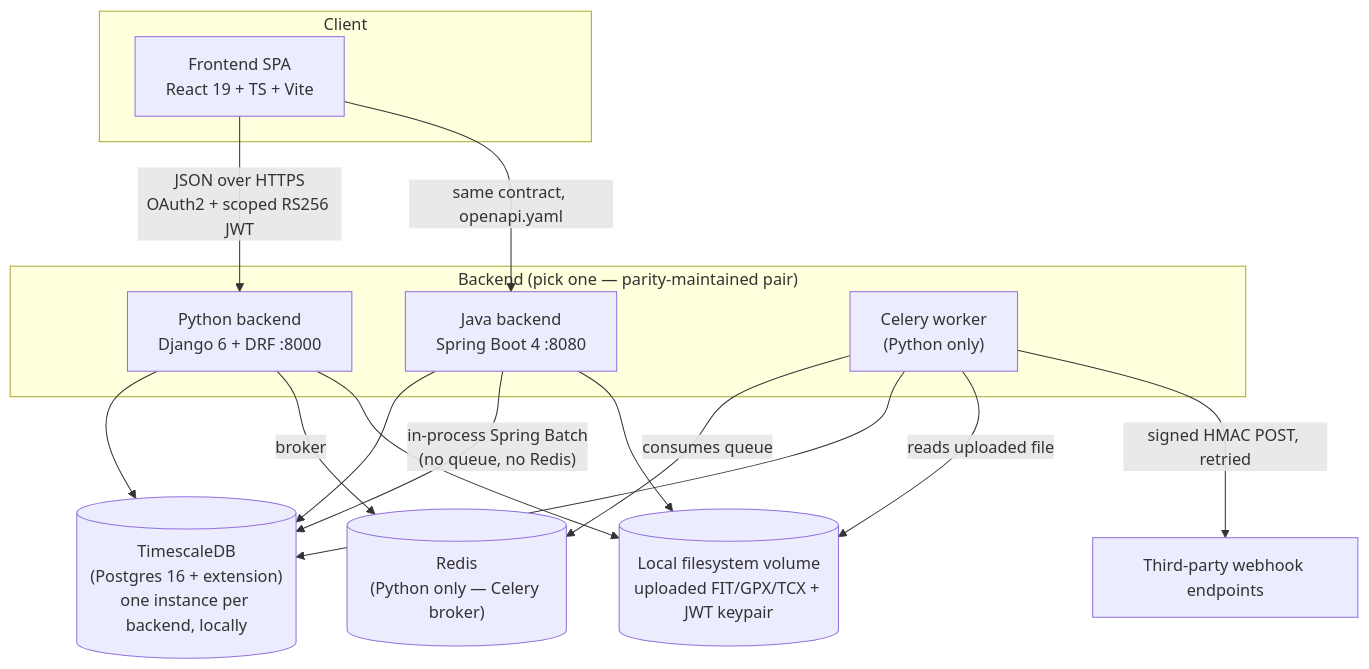
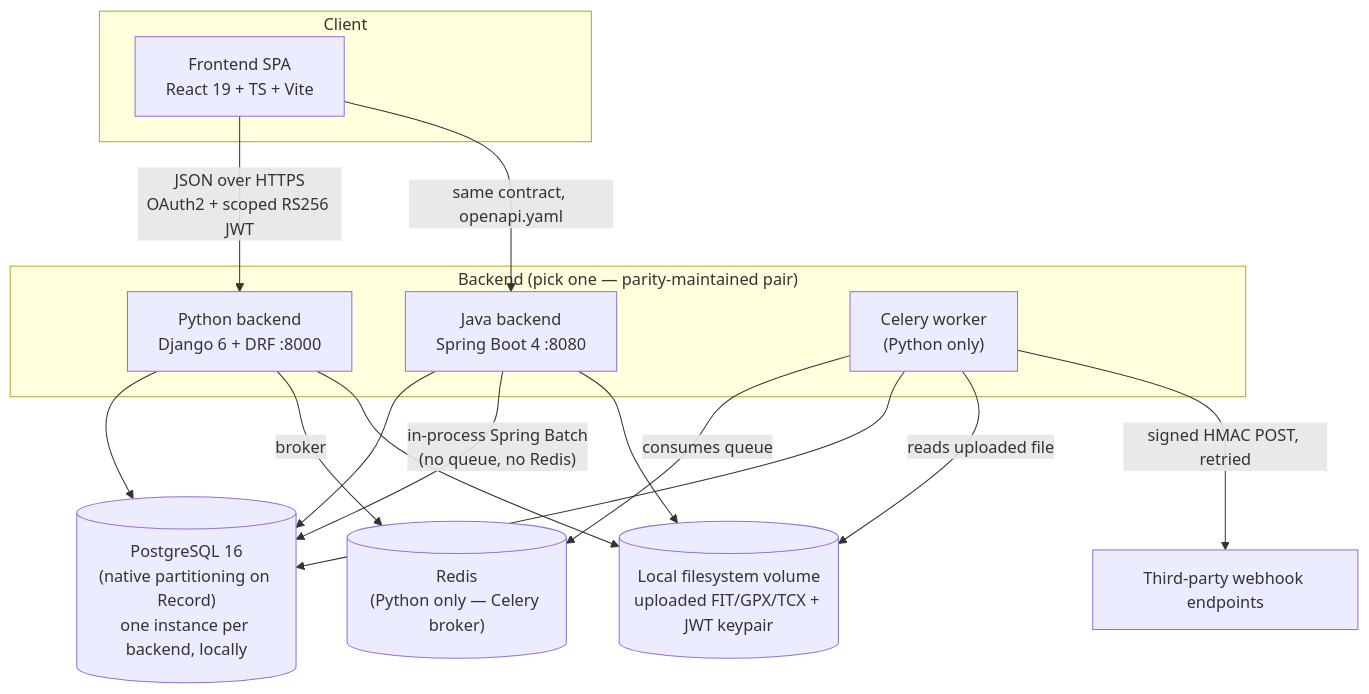
Before and after one commit to neilgoodgame/cadence: the first of 4 diagrams in ARCHITECTURE.md, drawn with Mermaid. The commit also changed other lines of this file and 26 other files, not shown here.

````diff
--- a/ARCHITECTURE.md
+++ b/ARCHITECTURE.md
@@ -11,30 +11,30 @@
 ```mermaid
 flowchart TB
     subgraph Client
         FE["Frontend SPA<br/>React 19 + TS + Vite"]
     end
 
     subgraph "Backend (pick one — parity-maintained pair)"
         PY["Python backend<br/>Django 6 + DRF :8000"]
         JV["Java backend<br/>Spring Boot 4 :8080"]
         CW["Celery worker<br/>(Python only)"]
     end
 
-    DB[("TimescaleDB<br/>(Postgres 16 + extension)<br/>one instance per backend, locally")]
+    DB[("PostgreSQL 16<br/>(native partitioning on Record)<br/>one instance per backend, locally")]
     RD[("Redis<br/>(Python only — Celery broker)")]
     MEDIA[("Local filesystem volume<br/>uploaded FIT/GPX/TCX + JWT keypair")]
     WEBHOOK["Third-party webhook endpoints"]
 
     FE -->|"JSON over HTTPS<br/>OAuth2 + scoped RS256 JWT"| PY
     FE -->|"same contract, openapi.yaml"| JV
     PY --> DB
     JV --> DB
     PY -->|"broker"| RD
     CW -->|"consumes queue"| RD
     CW --> DB
     CW -->|"reads uploaded file"| MEDIA
     JV -->|"in-process Spring Batch<br/>(no queue, no Redis)"| DB
     PY --> MEDIA
     JV --> MEDIA
     CW -->|"signed HMAC POST, retried"| WEBHOOK
 ```
````
